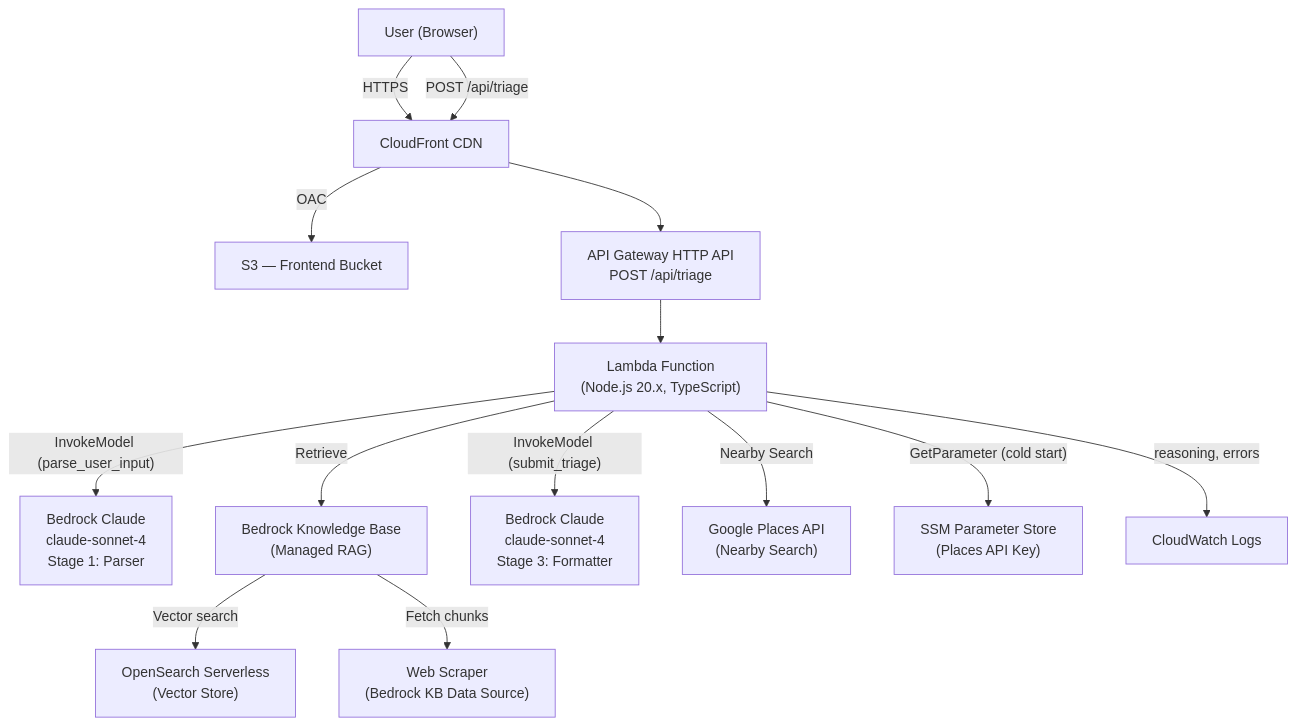
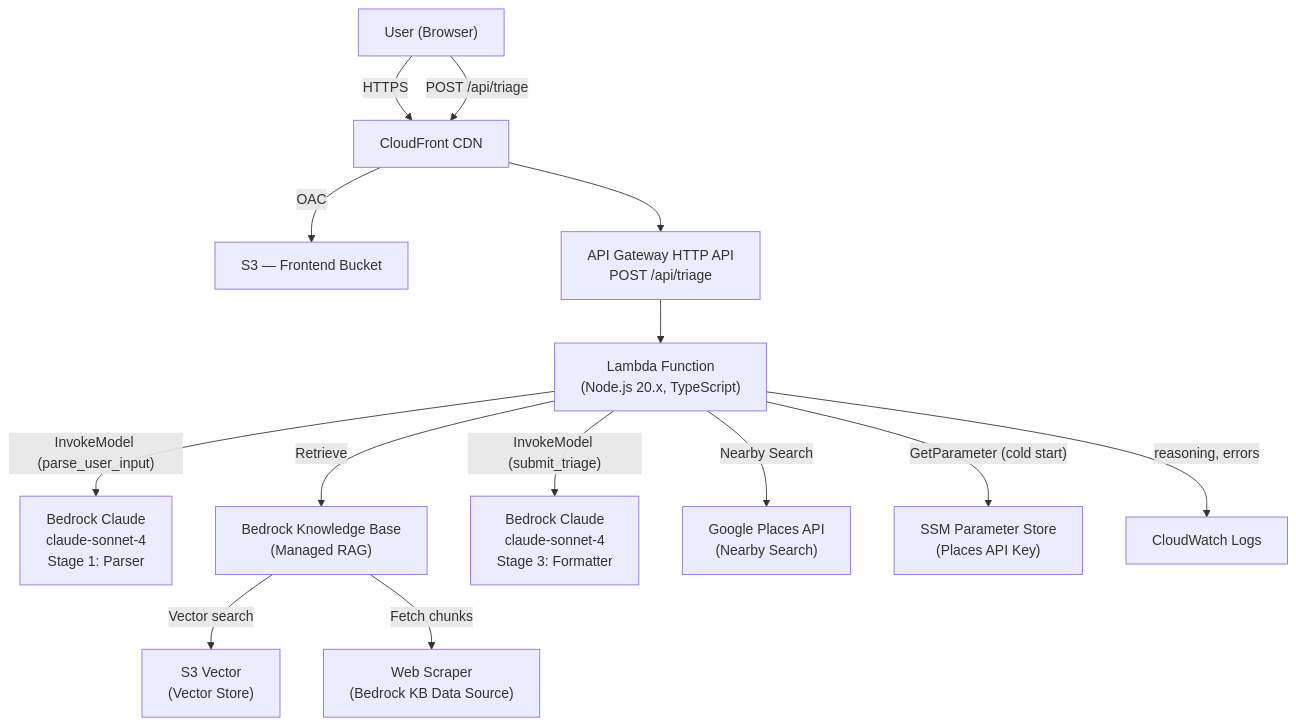
One commit to FloatRun/KiroHacks26 changed the first of 3 diagrams in design.md. Above: the diagram before and after it, drawn with Mermaid. The commit also changed other lines of this file and 12 other files, not shown here.

````diff
--- a/design.md
+++ b/design.md
@@ -9,31 +9,31 @@
 ```mermaid
 graph TD
     User["User (Browser)"]
     CF["CloudFront CDN"]
     S3F["S3 — Frontend Bucket"]
     APIGW["API Gateway HTTP API\nPOST /api/triage"]
     Lambda["Lambda Function\n(Node.js 20.x, TypeScript)"]
     Bedrock1["Bedrock Claude\nclaude-sonnet-4\nStage 1: Parser"]
     KB["Bedrock Knowledge Base\n(Managed RAG)"]
-    AOSS["OpenSearch Serverless\n(Vector Store)"]
+    AOSS["S3 Vector\n(Vector Store)"]
     S3C["Web Scraper\n(Bedrock KB Data Source)"]
     Bedrock2["Bedrock Claude\nclaude-sonnet-4\nStage 3: Formatter"]
     Places["Google Places API\n(Nearby Search)"]
     SSM["SSM Parameter Store\n(Places API Key)"]
     CW["CloudWatch Logs"]
 
     User -->|"HTTPS"| CF
     CF -->|"OAC"| S3F
     User -->|"POST /api/triage"| CF
     CF --> APIGW
     APIGW --> Lambda
     Lambda -->|"InvokeModel (parse_user_input)"| Bedrock1
     Lambda -->|"Retrieve"| KB
     KB -->|"Vector search"| AOSS
     KB -->|"Fetch chunks"| S3C
 
     Lambda -->|"InvokeModel (submit_triage)"| Bedrock2
     Lambda -->|"Nearby Search"| Places
     Lambda -->|"GetParameter (cold start)"| SSM
     Lambda -->|"reasoning, errors"| CW
 ```
````
